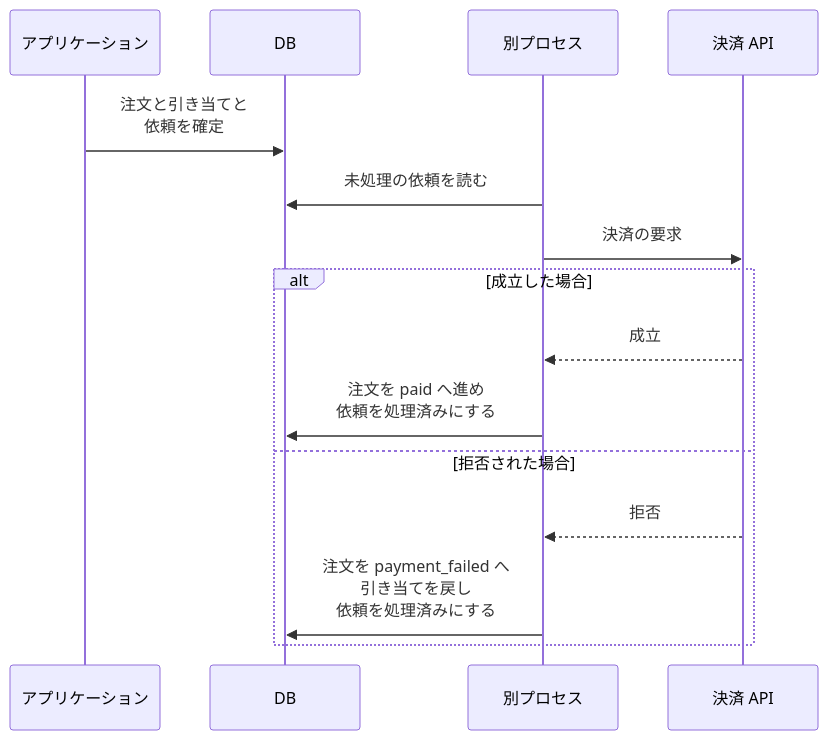
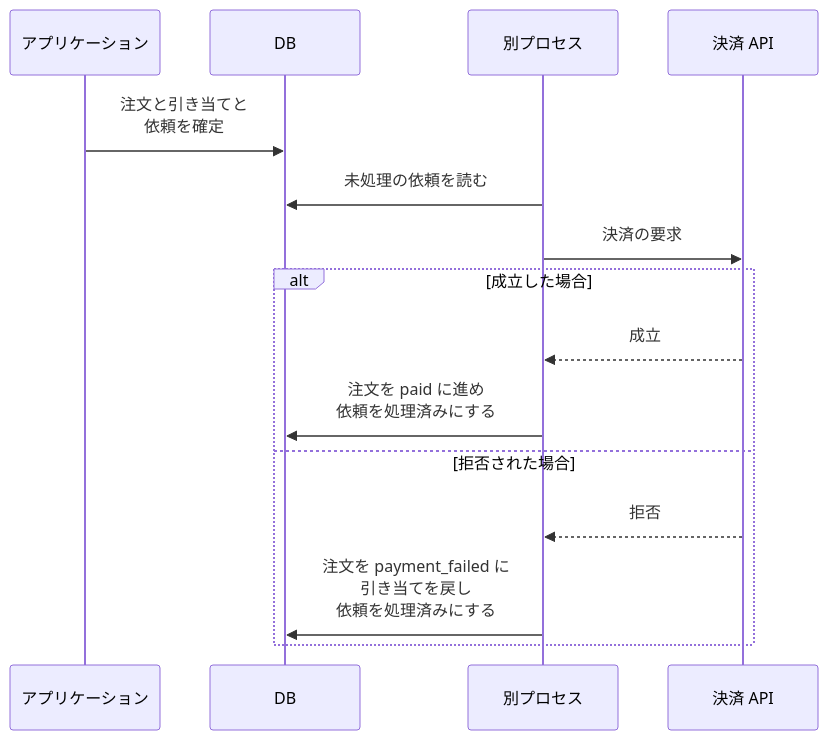
The fourth of 4 diagrams in content/notes/database-systems/transaction-scope/index.md (nao1215/debimate), drawn with Mermaid before and after one commit. The commit also changed other lines of this file and 46 other files, not shown here.

````diff
--- a/content/notes/database-systems/transaction-scope/index.md
+++ b/content/notes/database-systems/transaction-scope/index.md
@@ -106,17 +106,17 @@
 ```mermaid
 sequenceDiagram
     participant App as アプリケーション
     participant DB as DB
     participant Rel as 別プロセス
     participant Pay as 決済 API
     App->>DB: 注文と引き当てと<br/>依頼を確定
     Rel->>DB: 未処理の依頼を読む
     Rel->>Pay: 決済の要求
     alt 成立した場合
         Pay-->>Rel: 成立
-        Rel->>DB: 注文を paid へ進め<br/>依頼を処理済みにする
+        Rel->>DB: 注文を paid に進め<br/>依頼を処理済みにする
     else 拒否された場合
         Pay-->>Rel: 拒否
-        Rel->>DB: 注文を payment_failed へ<br/>引き当てを戻し<br/>依頼を処理済みにする
+        Rel->>DB: 注文を payment_failed に<br/>引き当てを戻し<br/>依頼を処理済みにする
     end
 ```
````
